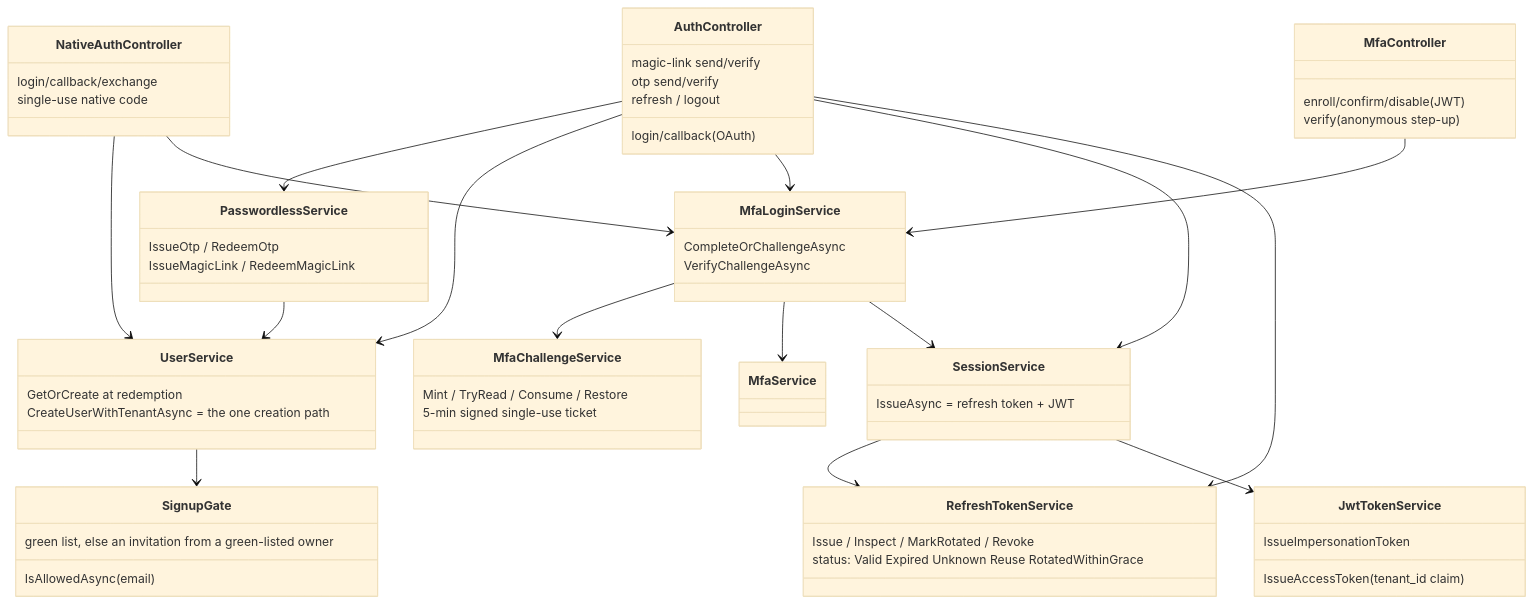
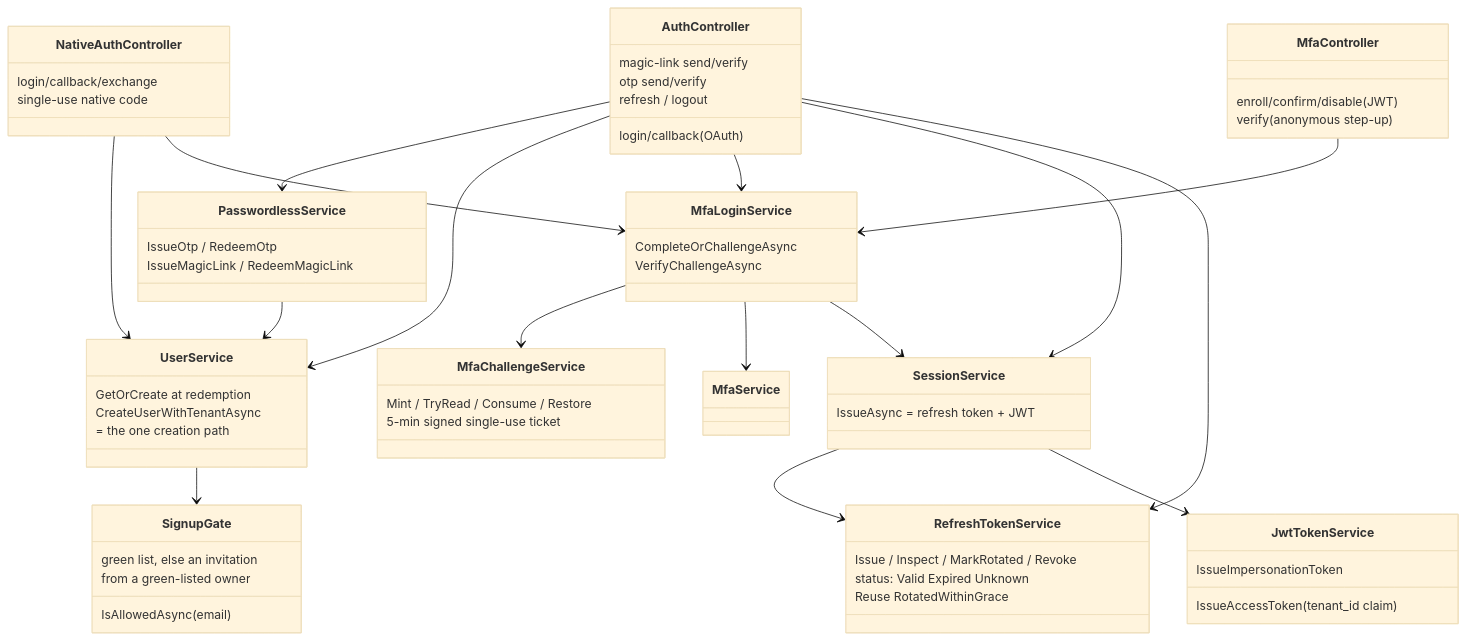
The fourth of 9 diagrams in docs/ARCHITECTURE.md (argamboad/perezosoft-platform), drawn with Mermaid (base theme) before and after one commit. The commit also changed other lines of this file and 13 other files, not shown here.

First line of the commit message:
docs(course): diagrams re-rendered on Windows, two class diagrams made legible, the PDF regenerated

````diff
--- a/docs/ARCHITECTURE.md
+++ b/docs/ARCHITECTURE.md
@@ -123,63 +123,66 @@
 ```mermaid
 classDiagram
     class AuthController {
         login/callback (OAuth)
         magic-link send/verify
         otp send/verify
         refresh / logout
     }
     class MfaController {
         enroll/confirm/disable (JWT)
         verify (anonymous step-up)
     }
     class NativeAuthController {
         login/callback/exchange
         single-use native code
     }
     class PasswordlessService {
         IssueOtp / RedeemOtp
         IssueMagicLink / RedeemMagicLink
     }
     class MfaLoginService {
         CompleteOrChallengeAsync
         VerifyChallengeAsync
     }
     class MfaChallengeService {
         Mint / TryRead / Consume / Restore
         5-min signed single-use ticket
     }
     class SessionService {
         IssueAsync = refresh token + JWT
     }
     class RefreshTokenService {
         Issue / Inspect / MarkRotated / Revoke
-        status: Valid Expired Unknown Reuse RotatedWithinGrace
+        status: Valid Expired Unknown
+        Reuse RotatedWithinGrace
     }
     class JwtTokenService {
         IssueAccessToken (tenant_id claim)
         IssueImpersonationToken
     }
     class UserService {
         GetOrCreate at redemption
-        CreateUserWithTenantAsync = the one creation path
+        CreateUserWithTenantAsync
+        = the one creation path
     }
     class SignupGate {
         IsAllowedAsync(email)
-        green list, else an invitation from a green-listed owner
+        green list, else an invitation
+        from a green-listed owner
     }
     AuthController --> PasswordlessService
     AuthController --> UserService
     NativeAuthController --> UserService
     PasswordlessService --> UserService
     UserService --> SignupGate
     AuthController --> MfaLoginService
     AuthController --> SessionService
     AuthController --> RefreshTokenService
     NativeAuthController --> MfaLoginService
     MfaController --> MfaLoginService
     MfaLoginService --> MfaChallengeService
     MfaLoginService --> MfaService
     MfaLoginService --> SessionService
     SessionService --> RefreshTokenService
     SessionService --> JwtTokenService
 ```
````
